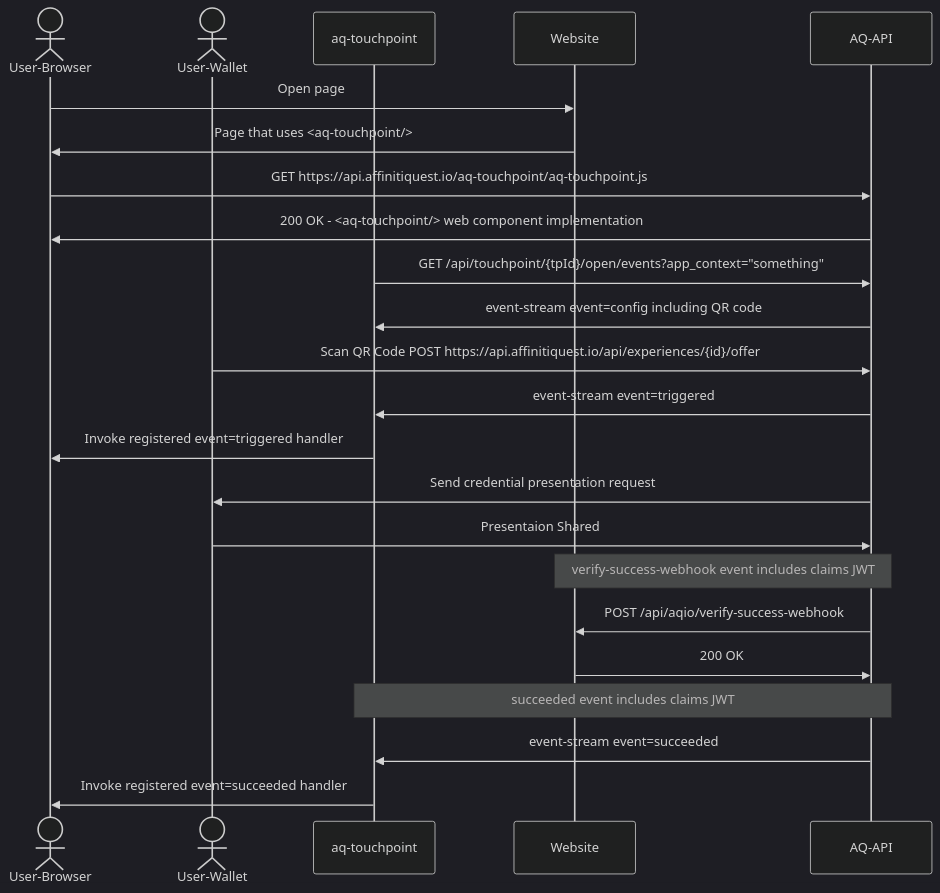
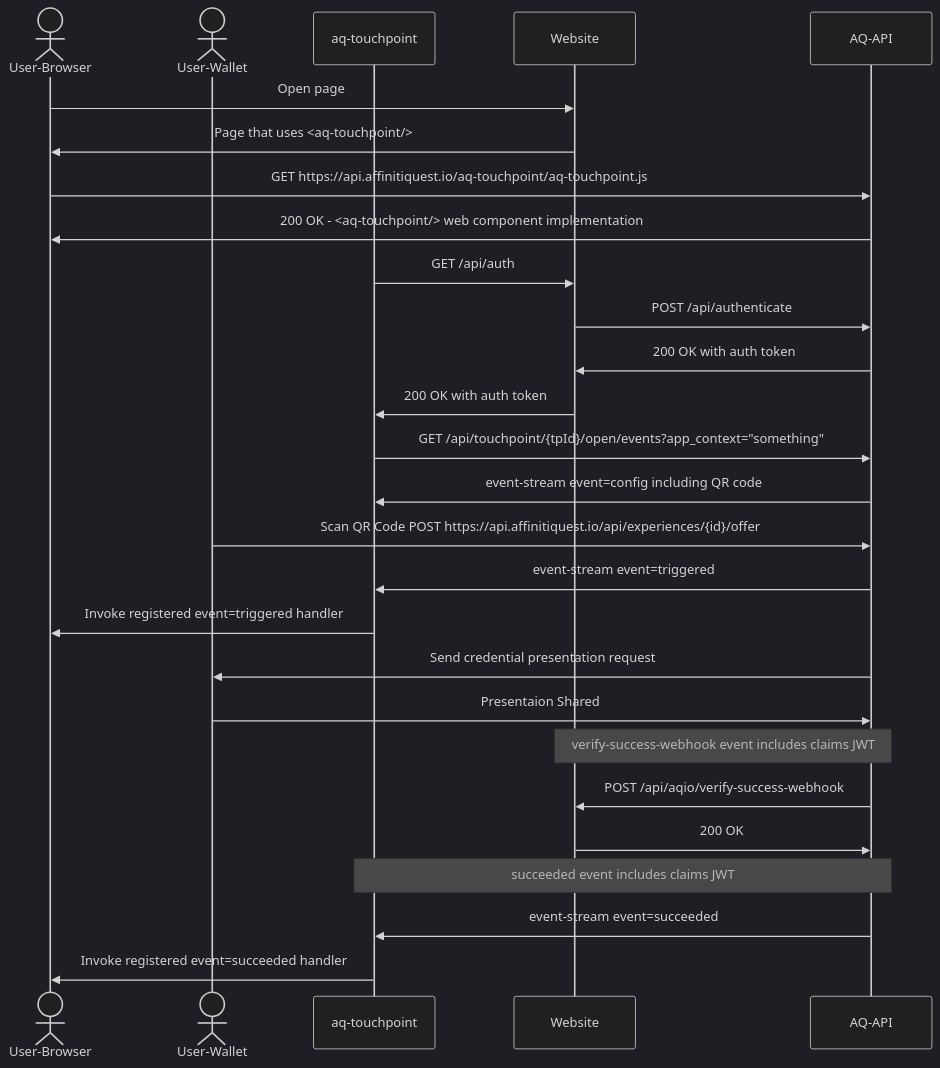
One commit to AffinitiQuest/aq-touchpoint-samples changed the second of 2 diagrams in README.md. Above: the diagram before and after it, drawn with Mermaid (dark theme). The commit also changed other lines of this file and 1 other file, not shown here.

````diff
--- a/README.md
+++ b/README.md
@@ -391,26 +377,30 @@
 ```mermaid
  sequenceDiagram
     actor User-Browser
     actor User-Wallet
     participant aq-touchpoint
     participant Website
     participant AQ-API
 
     User-Browser ->> Website : Open page
     Website ->> User-Browser : Page that uses <aq-touchpoint/>
     User-Browser ->> AQ-API : GET https://api.affinitiquest.io/aq-touchpoint/aq-touchpoint.js
     AQ-API ->> User-Browser : 200 OK - <aq-touchpoint/> web component implementation
+    aq-touchpoint ->> Website : GET /api/auth
+    Website ->> AQ-API : POST /api/authenticate
+    AQ-API ->> Website: 200 OK with auth token
+    Website ->> aq-touchpoint : 200 OK with auth token
     aq-touchpoint ->> AQ-API: GET /api/touchpoint/{tpId}/open/events?app_context="something" 
     AQ-API ->> aq-touchpoint: event-stream event=config including QR code 
     User-Wallet ->> AQ-API : Scan QR Code POST https://api.affinitiquest.io/api/experiences/{id}/offer
     AQ-API ->> aq-touchpoint: event-stream event=triggered 
     aq-touchpoint ->> User-Browser: Invoke registered event=triggered handler
     AQ-API ->> User-Wallet : Send credential presentation request
     User-Wallet ->> AQ-API : Presentaion Shared
     Note over AQ-API,Website: verify-success-webhook event includes claims JWT
     AQ-API ->> Website: POST /api/aqio/verify-success-webhook
     Website ->> AQ-API: 200 OK
     Note over AQ-API,aq-touchpoint: succeeded event includes claims JWT
     AQ-API ->> aq-touchpoint: event-stream event=succeeded
     aq-touchpoint ->> User-Browser: Invoke registered event=succeeded handler
 ```
````
